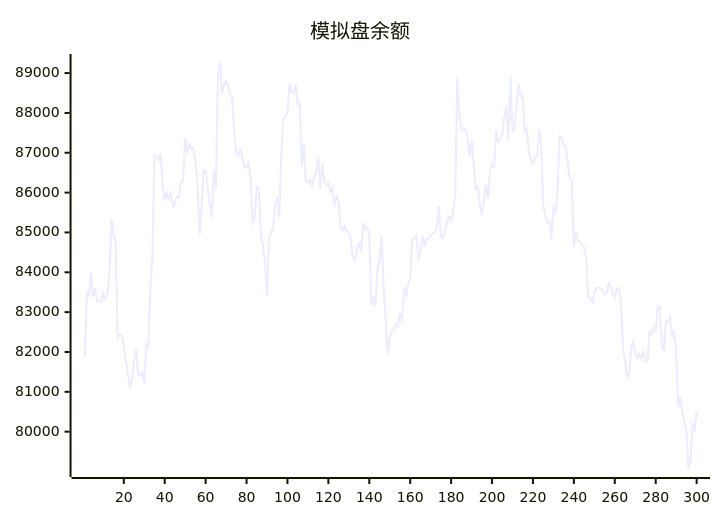
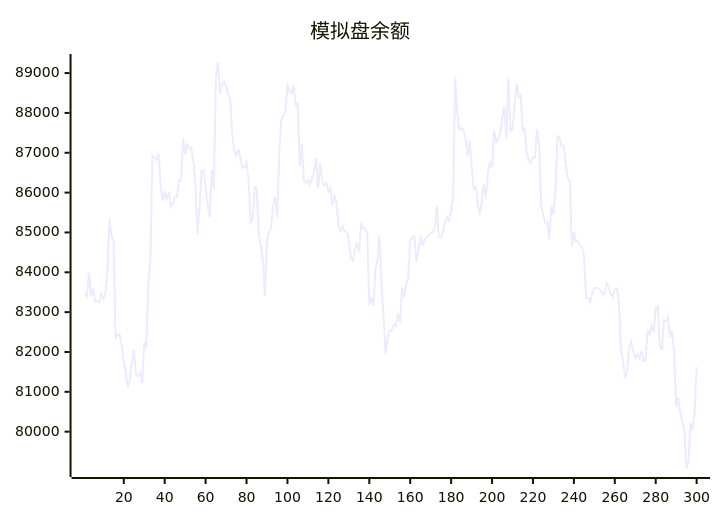
The diagram in README.md (aahl/ai-trading), drawn with Mermaid before and after one commit. The commit also changed other lines of this file and 1 other file, not shown here.

````diff
--- a/README.md
+++ b/README.md
@@ -5,5 +5,5 @@
 ```mermaid
 xychart
     title "模拟盘余额"
-    line [81887,83490,83414,83984,83396,83594,83261,83287,83253,83470,83327,83465,83987,85348,84930,84786,82355,82433,82438,82167,81795,81466,81105,81315,81756,82064,81426,81398,81481,81210,82242,82099,83658,84359,86925,86892,86814,86980,86203,85802,86003,85811,86028,85657,85721,85896,85880,86300,86299,87378,86965,87214,87115,87118,86780,86238,84966,85623,86555,86562,86129,85722,85387,86569,86070,88870,89278,88477,88720,88781,88668,88467,88372,87493,87018,86917,87102,86870,86613,86644,86758,86317,85242,85334,86149,86106,84968,84671,84302,83410,84816,85001,85127,85693,85891,85384,87001,87811,87945,88007,88734,88528,88495,88705,88189,88248,86662,87234,86279,86251,86314,86177,86364,86503,86886,86114,86731,86310,86176,86240,86017,86136,85685,85938,85749,85111,85044,85164,85016,85008,84824,84354,84287,84572,84745,84500,85234,85096,85095,84970,83180,83338,83157,84070,84309,84922,83667,82850,81924,82369,82552,82539,82695,82648,82962,82728,83619,83378,83710,83825,84819,84854,84917,84265,84527,84919,84668,84834,84850,84916,84981,85004,85131,85674,84891,84864,85019,85284,85393,85294,85538,85894,88904,88012,87567,87625,87568,87386,86920,87313,86737,86094,86143,85725,85437,85787,86219,85859,86526,86740,86630,87563,87264,87335,87483,87886,88180,87335,88894,87544,87608,88207,88755,88401,88444,87543,87608,87000,86810,86740,86894,86884,87576,87209,85686,85435,85251,85255,84820,85689,85453,86066,87420,87373,87161,87178,86740,86341,86315,84643,85012,84772,84768,84690,84635,84376,83360,83357,83259,83474,83608,83606,83602,83548,83440,83454,83724,83644,83464,83365,83590,83592,83275,82072,81806,81344,81492,82109,82254,82006,81848,81955,81829,82022,81769,81776,82522,82441,82656,82498,83144,83144,82150,82038,82797,82763,82872,82367,82536,81981,80612,80862,80484,80242,80034,79063,79245,80226,80016,80507]
+    line [83490,83414,83984,83396,83594,83261,83287,83253,83470,83327,83465,83987,85348,84930,84786,82355,82433,82438,82167,81795,81466,81105,81315,81756,82064,81426,81398,81481,81210,82242,82099,83658,84359,86925,86892,86814,86980,86203,85802,86003,85811,86028,85657,85721,85896,85880,86300,86299,87378,86965,87214,87115,87118,86780,86238,84966,85623,86555,86562,86129,85722,85387,86569,86070,88870,89278,88477,88720,88781,88668,88467,88372,87493,87018,86917,87102,86870,86613,86644,86758,86317,85242,85334,86149,86106,84968,84671,84302,83410,84816,85001,85127,85693,85891,85384,87001,87811,87945,88007,88734,88528,88495,88705,88189,88248,86662,87234,86279,86251,86314,86177,86364,86503,86886,86114,86731,86310,86176,86240,86017,86136,85685,85938,85749,85111,85044,85164,85016,85008,84824,84354,84287,84572,84745,84500,85234,85096,85095,84970,83180,83338,83157,84070,84309,84922,83667,82850,81924,82369,82552,82539,82695,82648,82962,82728,83619,83378,83710,83825,84819,84854,84917,84265,84527,84919,84668,84834,84850,84916,84981,85004,85131,85674,84891,84864,85019,85284,85393,85294,85538,85894,88904,88012,87567,87625,87568,87386,86920,87313,86737,86094,86143,85725,85437,85787,86219,85859,86526,86740,86630,87563,87264,87335,87483,87886,88180,87335,88894,87544,87608,88207,88755,88401,88444,87543,87608,87000,86810,86740,86894,86884,87576,87209,85686,85435,85251,85255,84820,85689,85453,86066,87420,87373,87161,87178,86740,86341,86315,84643,85012,84772,84768,84690,84635,84376,83360,83357,83259,83474,83608,83606,83602,83548,83440,83454,83724,83644,83464,83365,83590,83592,83275,82072,81806,81344,81492,82109,82254,82006,81848,81955,81829,82022,81769,81776,82522,82441,82656,82498,83144,83144,82150,82038,82797,82763,82872,82367,82536,81981,80612,80862,80484,80242,80034,79063,79245,80226,80016,80507,81625]
 ```
````
